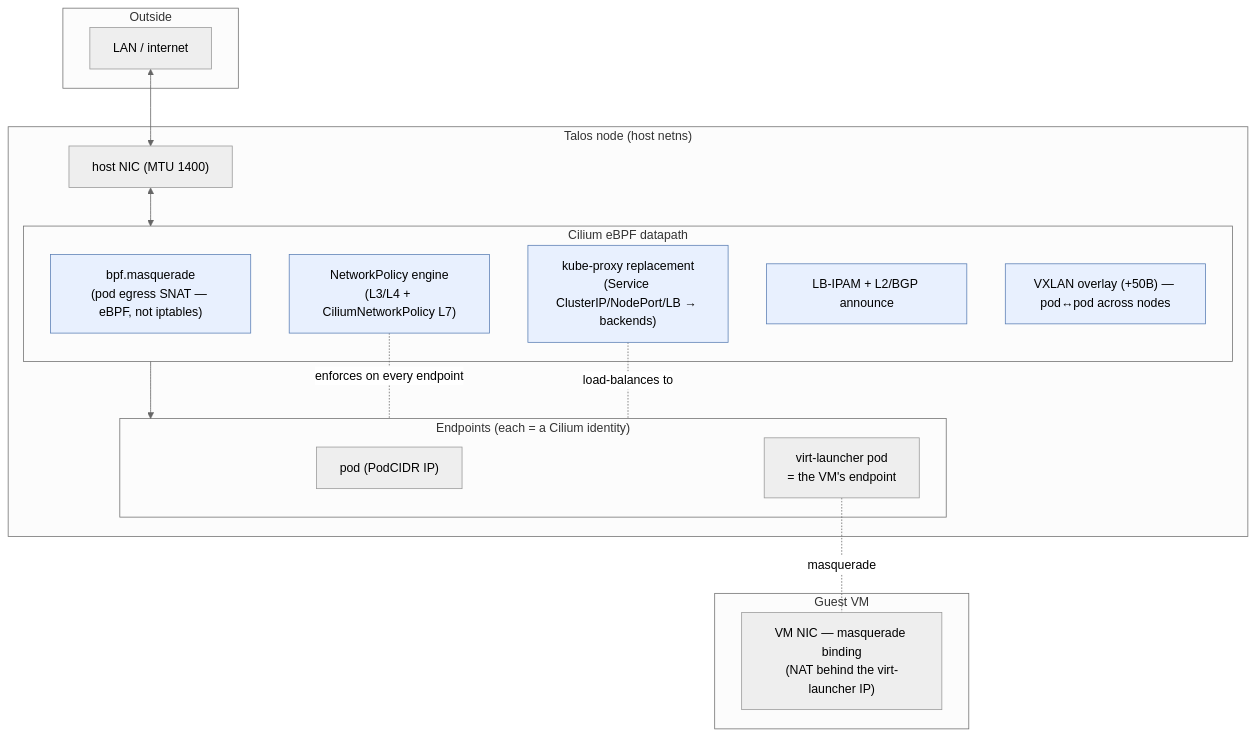
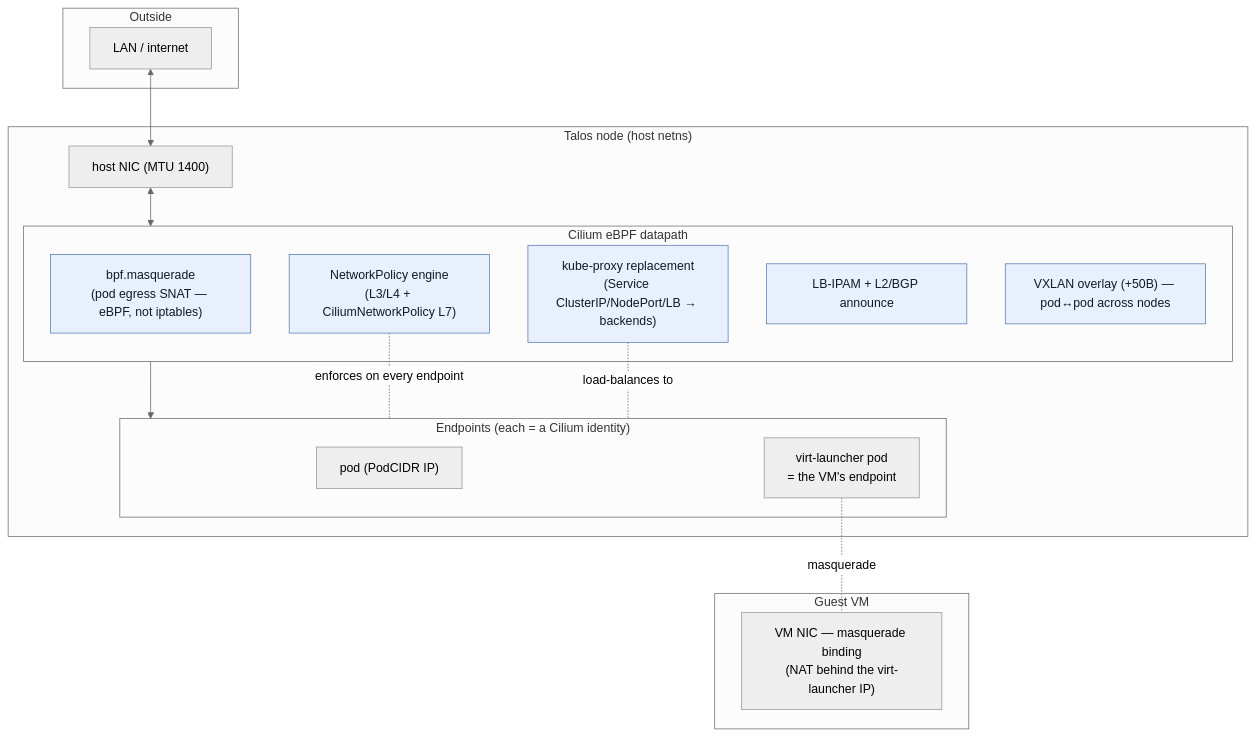
Before and after one commit to livenson/talu: the first of 2 diagrams in docs/architecture/networking.md, drawn with Mermaid (neutral theme). The commit also changed other lines of this file and 2 other files, not shown here.

First line of the commit message:
docs: make mermaid diagrams dark-mode readable

````diff
--- a/docs/architecture/networking.md
+++ b/docs/architecture/networking.md
@@ -11,33 +11,33 @@
 ```mermaid
 graph TB
     subgraph EXT["Outside"]
         NET["LAN / internet"]
     end
     subgraph NODE["Talos node (host netns)"]
         NIC["host NIC (MTU 1400)"]
         subgraph CIL["Cilium eBPF datapath"]
             KPR["kube-proxy replacement<br/>(Service ClusterIP/NodePort/LB → backends)"]
             MASQ["bpf.masquerade<br/>(pod egress SNAT — eBPF, not iptables)"]
             POL["NetworkPolicy engine<br/>(L3/L4 + CiliumNetworkPolicy L7)"]
             LBIPAM["LB-IPAM + L2/BGP announce"]
             VXLAN["VXLAN overlay (+50B) — pod↔pod across nodes"]
         end
         subgraph EPS["Endpoints (each = a Cilium identity)"]
             POD["pod (PodCIDR IP)"]
             VL["virt-launcher pod<br/>= the VM's endpoint"]
         end
     end
     subgraph VM["Guest VM"]
         GUEST["VM NIC — masquerade binding<br/>(NAT behind the virt-launcher IP)"]
     end
 
     NET <--> NIC
     NIC <--> CIL
     CIL --> EPS
     VL -. "masquerade" .- GUEST
     POL -. "enforces on every endpoint" .- EPS
     KPR -. "load-balances to" .- EPS
 
-    classDef c fill:#e8f0fe,stroke:#5b7fb5;
+    classDef c fill:#e8f0fe,stroke:#5b7fb5,color:#111827;
     class KPR,MASQ,POL,LBIPAM,VXLAN c;
 ```
````
